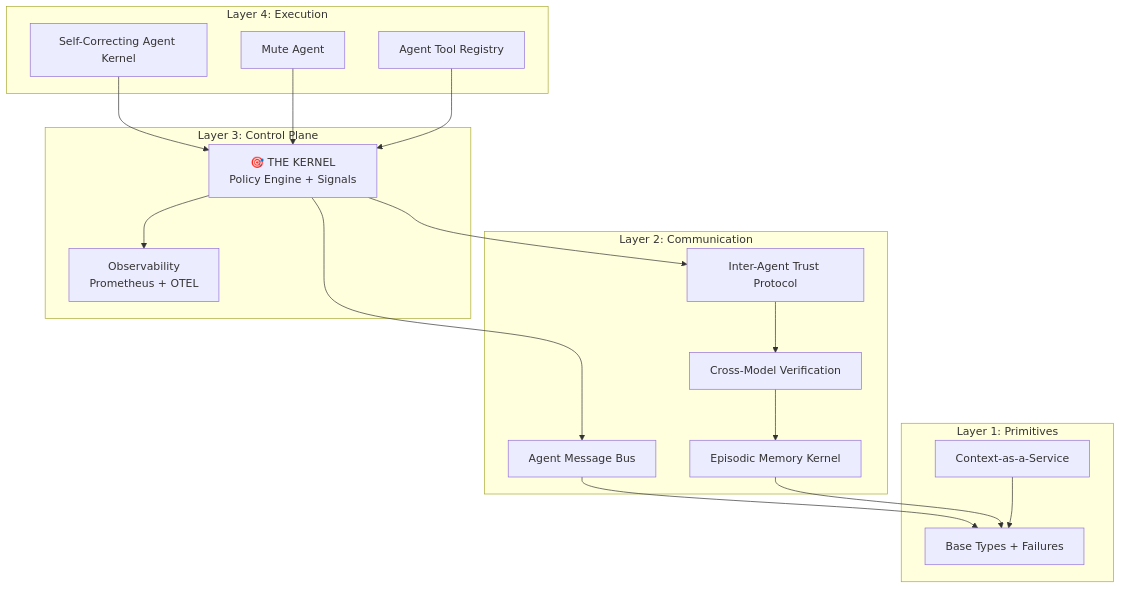
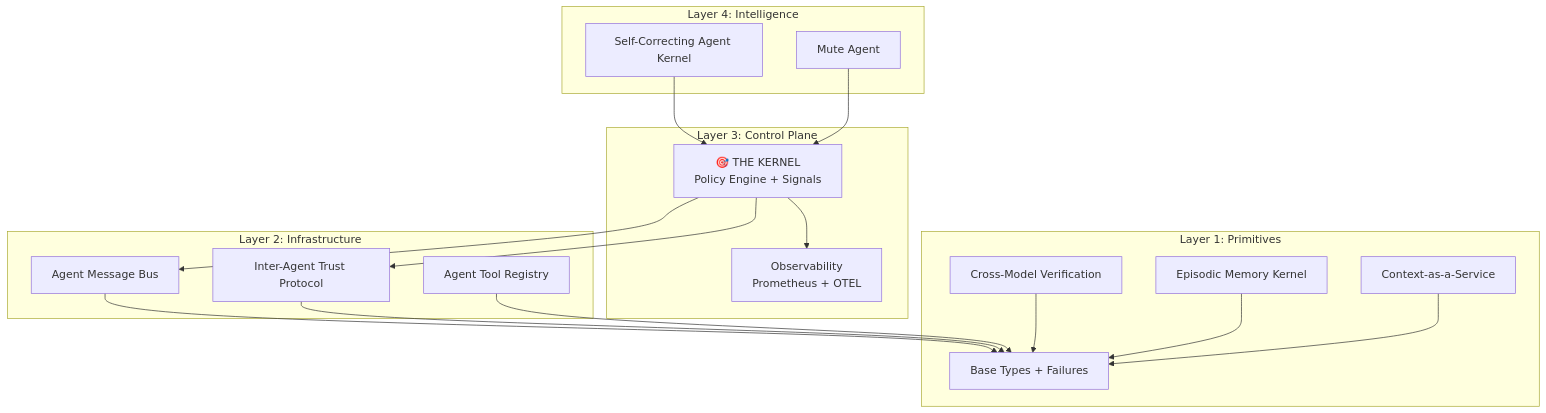
The diagram in README.md (dylanyunlon/operatorRL), drawn with Mermaid before and after one commit. The commit also changed other lines of this file and 28 other files, not shown here.

````diff
--- a/README.md
+++ b/README.md
@@ -115,37 +127,37 @@
 ```mermaid
 graph TB
-    subgraph "Layer 4: Execution"
+    subgraph "Layer 4: Intelligence"
         SCAK[Self-Correcting Agent Kernel]
         MUTE[Mute Agent]
-        ATR[Agent Tool Registry]
     end
     
     subgraph "Layer 3: Control Plane"
         KERNEL[🎯 THE KERNEL<br/>Policy Engine + Signals]
         OBS[Observability<br/>Prometheus + OTEL]
     end
     
-    subgraph "Layer 2: Communication"
+    subgraph "Layer 2: Infrastructure"
         AMB[Agent Message Bus]
         IATP[Inter-Agent Trust Protocol]
-        CMVK[Cross-Model Verification]
-        EMK[Episodic Memory Kernel]
+        ATR[Agent Tool Registry]
     end
     
     subgraph "Layer 1: Primitives"
         PRIM[Base Types + Failures]
+        CMVK[Cross-Model Verification]
         CAAS[Context-as-a-Service]
+        EMK[Episodic Memory Kernel]
     end
     
     SCAK --> KERNEL
     MUTE --> KERNEL
-    ATR --> KERNEL
     KERNEL --> AMB
     KERNEL --> IATP
     KERNEL --> OBS
     AMB --> PRIM
-    IATP --> CMVK
-    CMVK --> EMK
+    IATP --> PRIM
+    ATR --> PRIM
+    CMVK --> PRIM
     EMK --> PRIM
     CAAS --> PRIM
 ```
````
